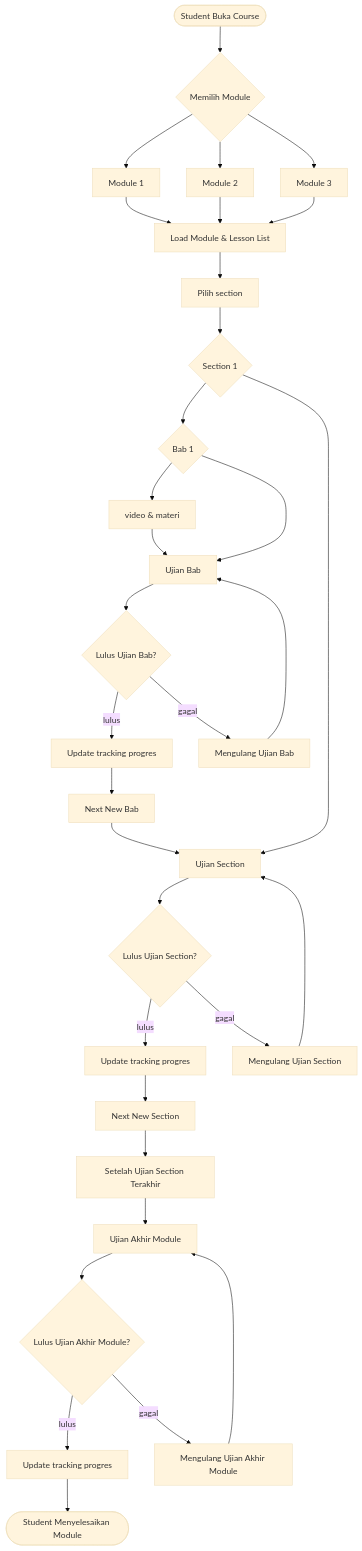
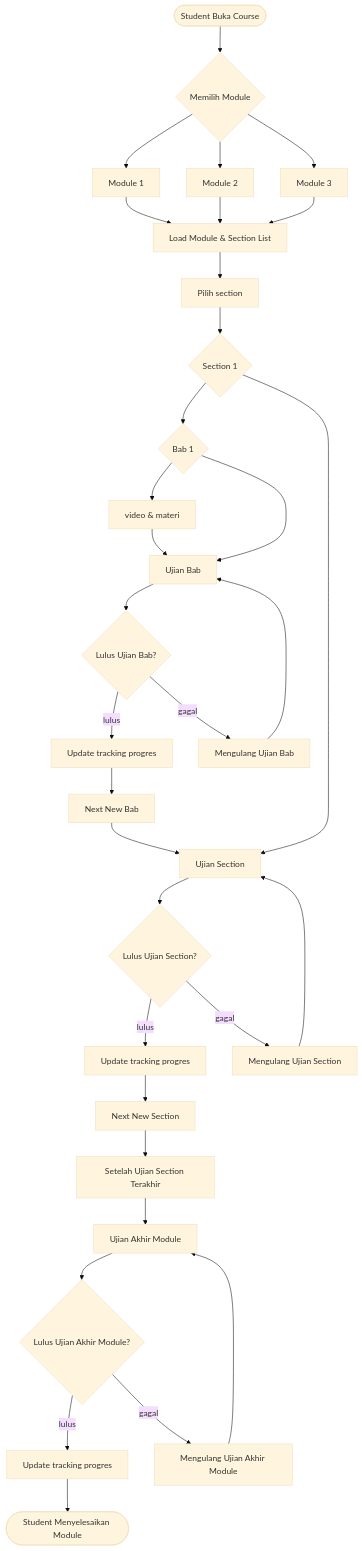
Before and after one commit to acountcodm2704-blip/Flow-chart: the first of 2 diagrams in README.md, drawn with Mermaid (base theme).

Commit message:
Update link description in README.md

````diff
--- a/README.md
+++ b/README.md
@@ -2,40 +2,40 @@
 ```mermaid
 flowchart TD
 A([Student Buka Course]) --> B{Memilih Module}
 B --> A2[Module 1]
 B --> A3[Module 2]
 B --> A4[Module 3]
 A2 --> A1
 A3 --> A1
-A4 --> A1[Load Module & Lesson List]
+A4 --> A1[Load Module & Section List]
 A1 --> C[Pilih section]
 C --> D{Section 1}
 D --> E{Bab 1}
 D --> F[Ujian Section]
 E --> G[video & materi]
 E --> H[Ujian Bab]
 G --> H
 H --> I{Lulus Ujian Bab?}
 I --> |lulus| J[Update tracking progres]
 I --> |gagal| K[Mengulang Ujian Bab]
 K --> H
 J --> L[Next New Bab]
 L --> F
 F --> M{Lulus Ujian Section?}
 M --> |lulus| N1[Update tracking progres]
 M --> |gagal| O[Mengulang Ujian Section]
 O --> F
 N1 --> N[Next New Section]
 
 
 N --> R[Setelah Ujian Section Terakhir]
 R --> S[Ujian Akhir Module]
 S --> U{Lulus Ujian Akhir Module?}
 U --> |lulus| V[Update tracking progres]
 U --> |gagal| W[Mengulang Ujian Akhir Module]
 W --> S
 V --> X([Student Menyelesaikan Module])
 
 
    
 ```
````
